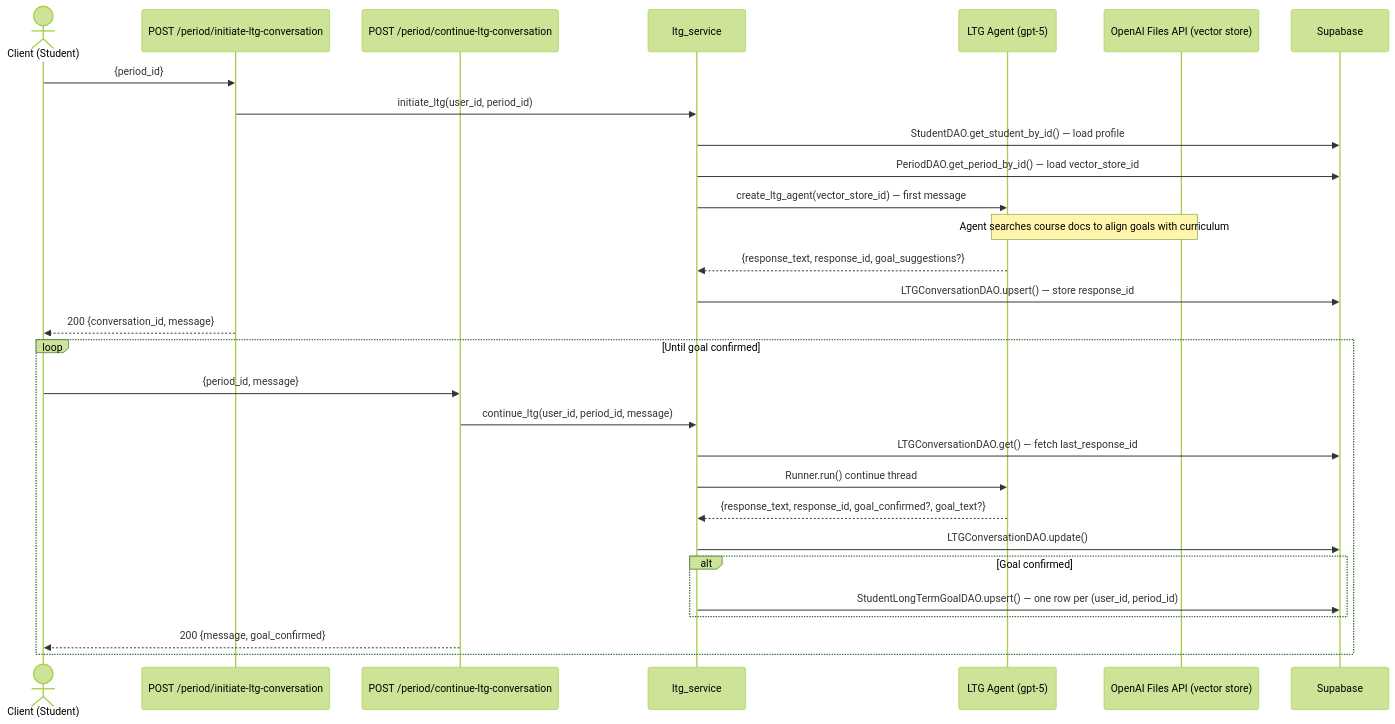
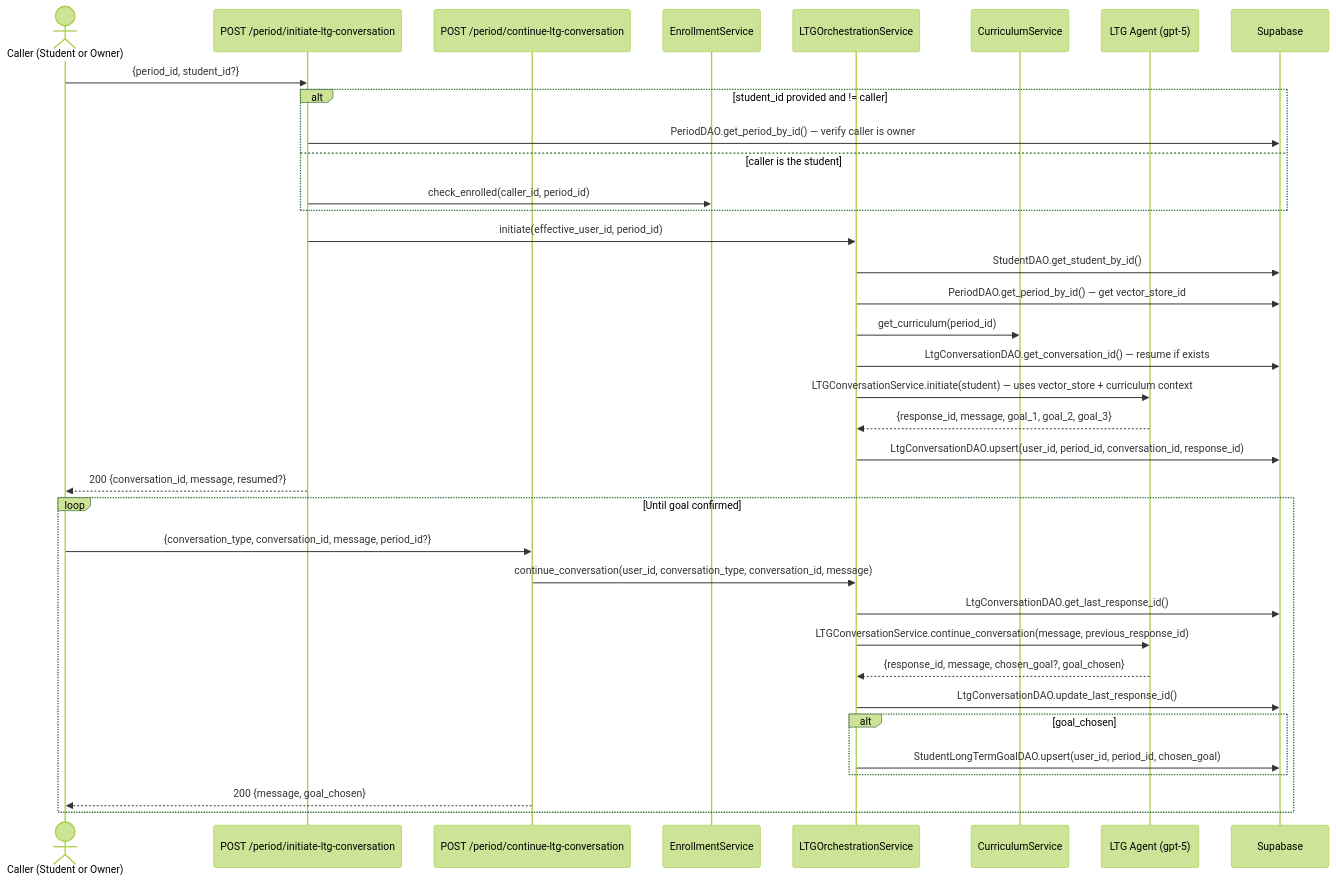
Diagram 15 of 31 in ARCHITECTURE.md (EduQuest-AI-Inc/eduquest-backend), drawn with Mermaid (forest theme) before and after one commit. The commit also changed other lines of this file and 8 other files, not shown here.

````diff
--- a/ARCHITECTURE.md
+++ b/ARCHITECTURE.md
@@ -412,33 +563,40 @@
 ```mermaid
 sequenceDiagram
-    actor C as Client (Student)
+    actor C as Caller (Student or Owner)
     participant R1 as POST /period/initiate-ltg-conversation
     participant R2 as POST /period/continue-ltg-conversation
-    participant S as ltg_service
+    participant ES as EnrollmentService
+    participant S as LTGOrchestrationService
+    participant CS as CurriculumService
     participant AI as LTG Agent (gpt-5)
-    participant OAI as OpenAI Files API (vector store)
     participant DB as Supabase
 
-    C->>R1: {period_id}
-    R1->>S: initiate_ltg(user_id, period_id)
-    S->>DB: StudentDAO.get_student_by_id()  — load profile
-    S->>DB: PeriodDAO.get_period_by_id()  — load vector_store_id
-    S->>AI: create_ltg_agent(vector_store_id) — first message
-    Note over AI,OAI: Agent searches course docs to align goals with curriculum
-    AI-->>S: {response_text, response_id, goal_suggestions?}
-    S->>DB: LTGConversationDAO.upsert()  — store response_id
-    R1-->>C: 200  {conversation_id, message}
+    C->>R1: {period_id, student_id?}
+    alt student_id provided and != caller
+        R1->>DB: PeriodDAO.get_period_by_id() — verify caller is owner
+    else caller is the student
+        R1->>ES: check_enrolled(caller_id, period_id)
+    end
+    R1->>S: initiate(effective_user_id, period_id)
+    S->>DB: StudentDAO.get_student_by_id()
+    S->>DB: PeriodDAO.get_period_by_id() — get vector_store_id
+    S->>CS: get_curriculum(period_id)
+    S->>DB: LtgConversationDAO.get_conversation_id() — resume if exists
+    S->>AI: LTGConversationService.initiate(student) — uses vector_store + curriculum context
+    AI-->>S: {response_id, message, goal_1, goal_2, goal_3}
+    S->>DB: LtgConversationDAO.upsert(user_id, period_id, conversation_id, response_id)
+    R1-->>C: 200 {conversation_id, message, resumed?}
 
     loop Until goal confirmed
-        C->>R2: {period_id, message}
-        R2->>S: continue_ltg(user_id, period_id, message)
-        S->>DB: LTGConversationDAO.get()  — fetch last_response_id
-        S->>AI: Runner.run() continue thread
-        AI-->>S: {response_text, response_id, goal_confirmed?, goal_text?}
-        S->>DB: LTGConversationDAO.update()
-        alt Goal confirmed
-            S->>DB: StudentLongTermGoalDAO.upsert()  — one row per (user_id, period_id)
+        C->>R2: {conversation_type, conversation_id, message, period_id?}
+        R2->>S: continue_conversation(user_id, conversation_type, conversation_id, message)
+        S->>DB: LtgConversationDAO.get_last_response_id()
+        S->>AI: LTGConversationService.continue_conversation(message, previous_response_id)
+        AI-->>S: {response_id, message, chosen_goal?, goal_chosen}
+        S->>DB: LtgConversationDAO.update_last_response_id()
+        alt goal_chosen
+            S->>DB: StudentLongTermGoalDAO.upsert(user_id, period_id, chosen_goal)
         end
-        R2-->>C: 200  {message, goal_confirmed}
+        R2-->>C: 200 {message, goal_chosen}
     end
 ```
````
